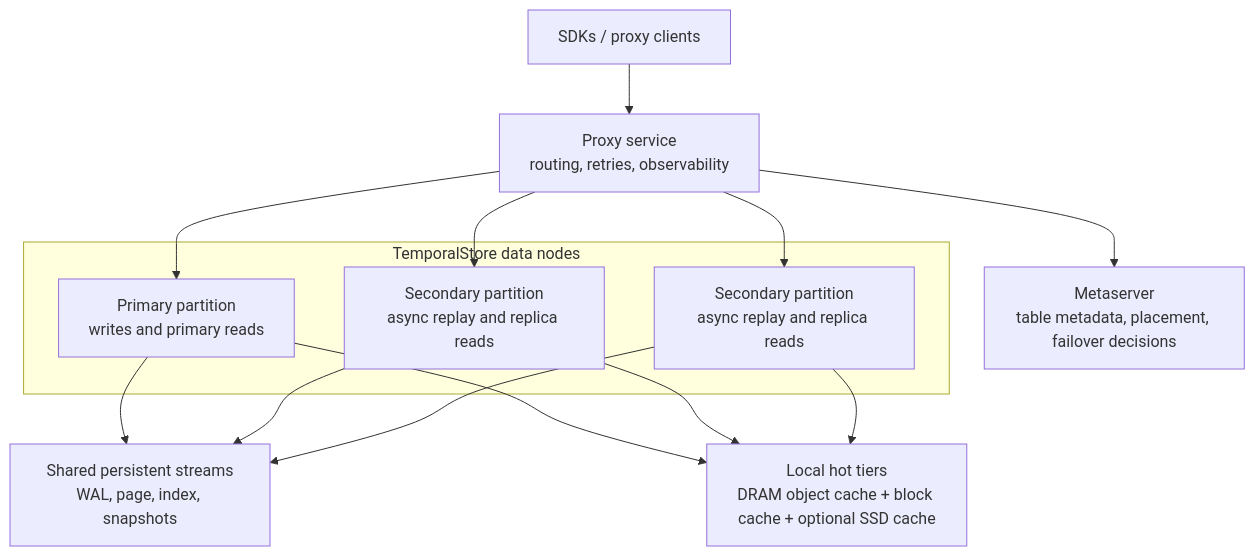
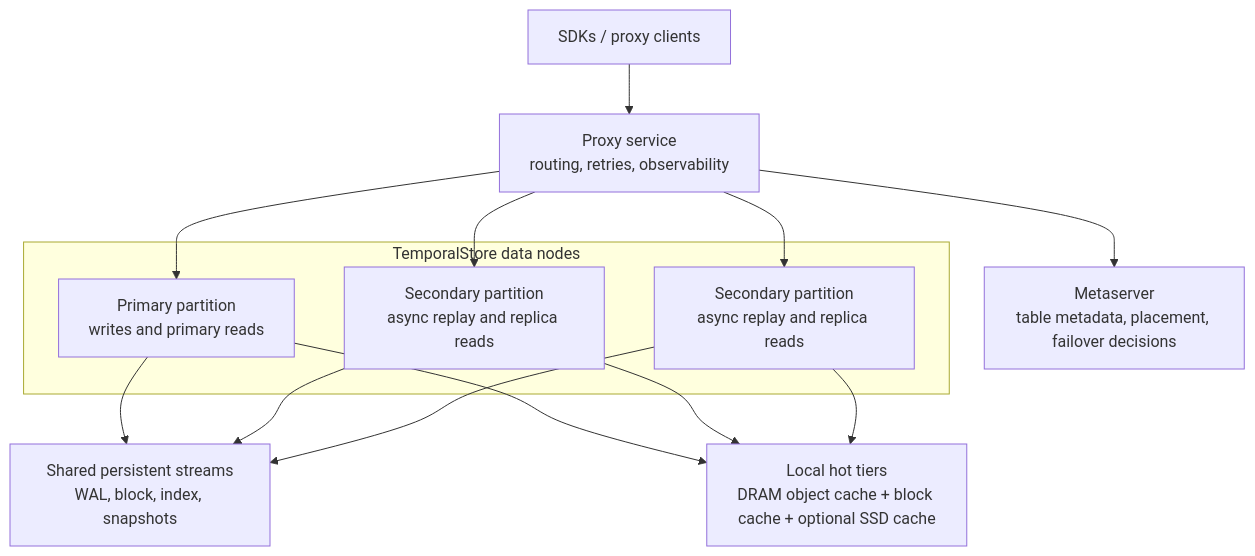
Before and after one commit to matrixarkai/TemporalStore: the third of 4 diagrams in docs/TEMPORALSTORE_ONE_CLUSTER_TEMPORAL_FEATURES.md, drawn with Mermaid. The commit also changed 20 other files, not shown here.

````diff
--- a/docs/TEMPORALSTORE_ONE_CLUSTER_TEMPORAL_FEATURES.md
+++ b/docs/TEMPORALSTORE_ONE_CLUSTER_TEMPORAL_FEATURES.md
@@ -63,27 +63,27 @@
 ```mermaid
 flowchart TB
     SDK["SDKs / proxy clients"]
     Proxy["Proxy service<br/>routing, retries, observability"]
     Meta["Metaserver<br/>table metadata, placement, failover decisions"]
 
     subgraph Data["TemporalStore data nodes"]
         P["Primary partition<br/>writes and primary reads"]
         S1["Secondary partition<br/>async replay and replica reads"]
         S2["Secondary partition<br/>async replay and replica reads"]
     end
 
-    Shared["Shared persistent streams<br/>WAL, page, index, snapshots"]
+    Shared["Shared persistent streams<br/>WAL, block, index, snapshots"]
     Cache["Local hot tiers<br/>DRAM object cache + block cache + optional SSD cache"]
 
     SDK --> Proxy
     Proxy --> Meta
     Proxy --> P
     Proxy --> S1
     Proxy --> S2
     P --> Shared
     S1 --> Shared
     S2 --> Shared
     P --> Cache
     S1 --> Cache
     S2 --> Cache
 ```
````
